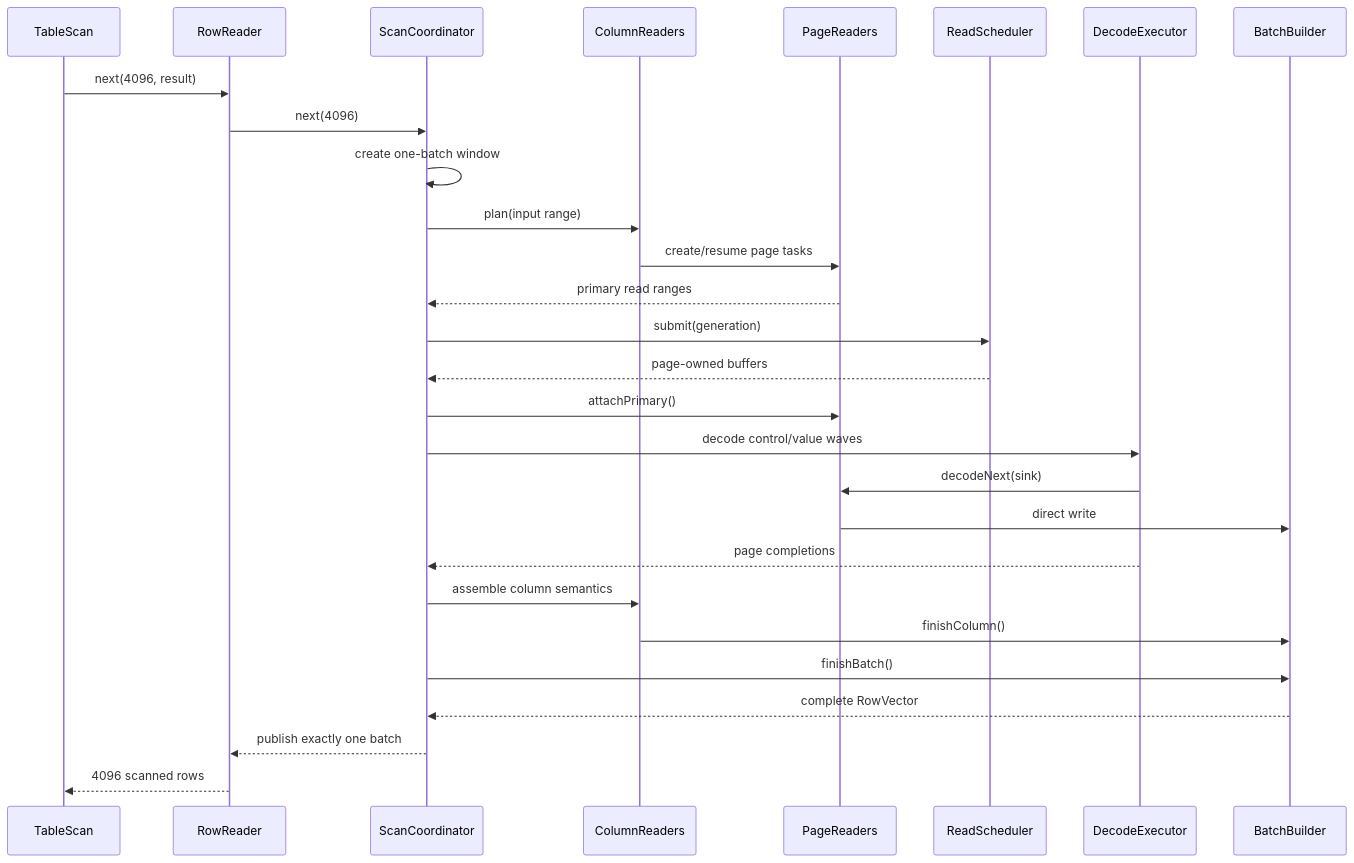
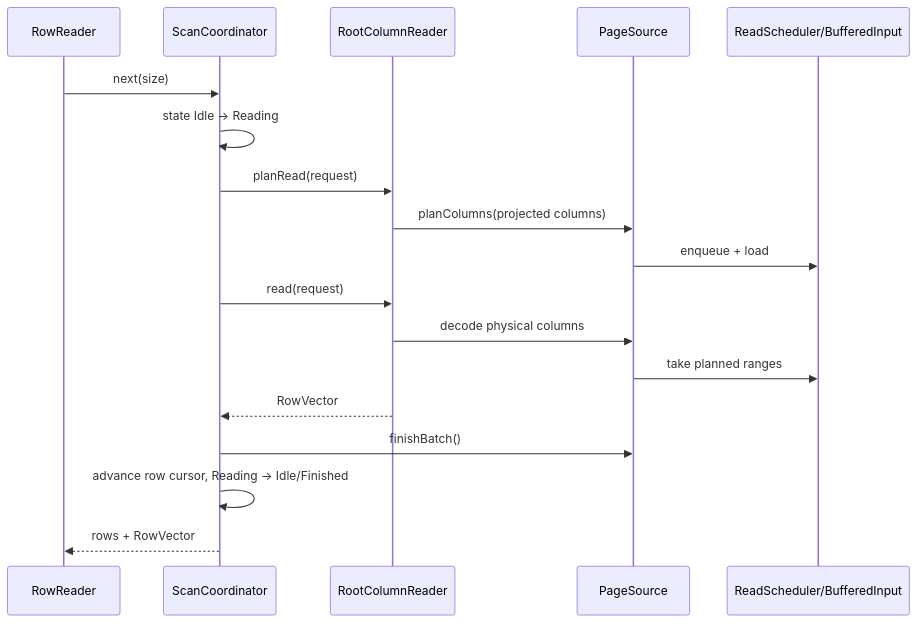
Before and after one commit to bytedance/bolt: the second of 5 diagrams in bolt/dwio/lance/STATE_MACHINE_DESIGN.md, drawn with Mermaid. The commit also changed other lines of this file and 36 other files, not shown here.

````diff
--- a/bolt/dwio/lance/STATE_MACHINE_DESIGN.md
+++ b/bolt/dwio/lance/STATE_MACHINE_DESIGN.md
@@ -1259,31 +102,21 @@
 ```mermaid
 sequenceDiagram
-    participant TS as TableScan
-    participant RR as RowReader
-    participant SC as ScanCoordinator
-    participant CP as ColumnReaders
-    participant PR as PageReaders
-    participant IO as ReadScheduler
-    participant EX as DecodeExecutor
-    participant BB as BatchBuilder
+  participant RR as RowReader
+  participant SC as ScanCoordinator
+  participant CR as RootColumnReader
+  participant PS as PageSource
+  participant IO as ReadScheduler/BufferedInput
 
-    TS->>RR: next(4096, result)
-    RR->>SC: next(4096)
-    SC->>SC: create one-batch window
-    SC->>CP: plan(input range)
-    CP->>PR: create/resume page tasks
-    PR-->>SC: primary read ranges
-    SC->>IO: submit(generation)
-    IO-->>SC: page-owned buffers
-    SC->>PR: attachPrimary()
-    SC->>EX: decode control/value waves
-    EX->>PR: decodeNext(sink)
-    PR->>BB: direct write
-    EX-->>SC: page completions
-    SC->>CP: assemble column semantics
-    CP->>BB: finishColumn()
-    SC->>BB: finishBatch()
-    BB-->>SC: complete RowVector
-    SC-->>RR: publish exactly one batch
-    RR-->>TS: 4096 scanned rows
+  RR->>SC: next(size)
+  SC->>SC: state Idle -> Reading
+  SC->>CR: planRead(request)
+  CR->>PS: planColumns(projected columns)
+  PS->>IO: enqueue + load
+  SC->>CR: read(request)
+  CR->>PS: decode physical columns
+  PS->>IO: take planned ranges
+  CR-->>SC: RowVector
+  SC->>PS: finishBatch()
+  SC->>SC: advance row cursor, Reading -> Idle/Finished
+  SC-->>RR: rows + RowVector
 ```
````
